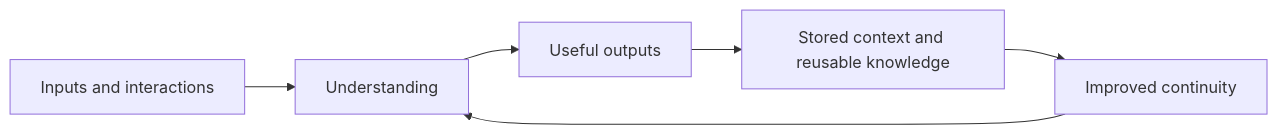
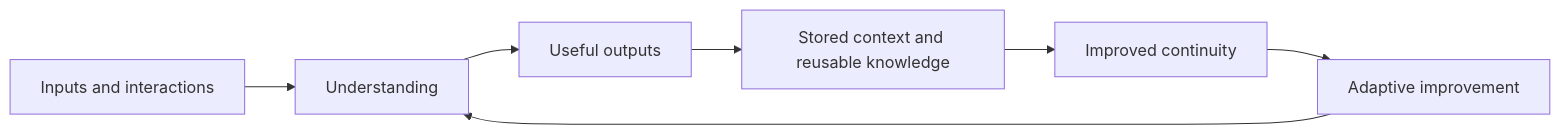
Before and after one commit to AhmedMira/kaizor-trial-release: the fifth of 7 diagrams in KAIZOR_PLATFORM_README.md, drawn with Mermaid. The commit also changed other lines of this file, not shown here.

````diff
--- a/KAIZOR_PLATFORM_README.md
+++ b/KAIZOR_PLATFORM_README.md
@@ -429,8 +482,9 @@
 ```mermaid
 flowchart LR
   A[Inputs and interactions] --> B[Understanding]
   B --> C[Useful outputs]
   C --> D[Stored context and reusable knowledge]
   D --> E[Improved continuity]
-  E --> B
+  E --> F[Adaptive improvement]
+  F --> B
 ```
````
